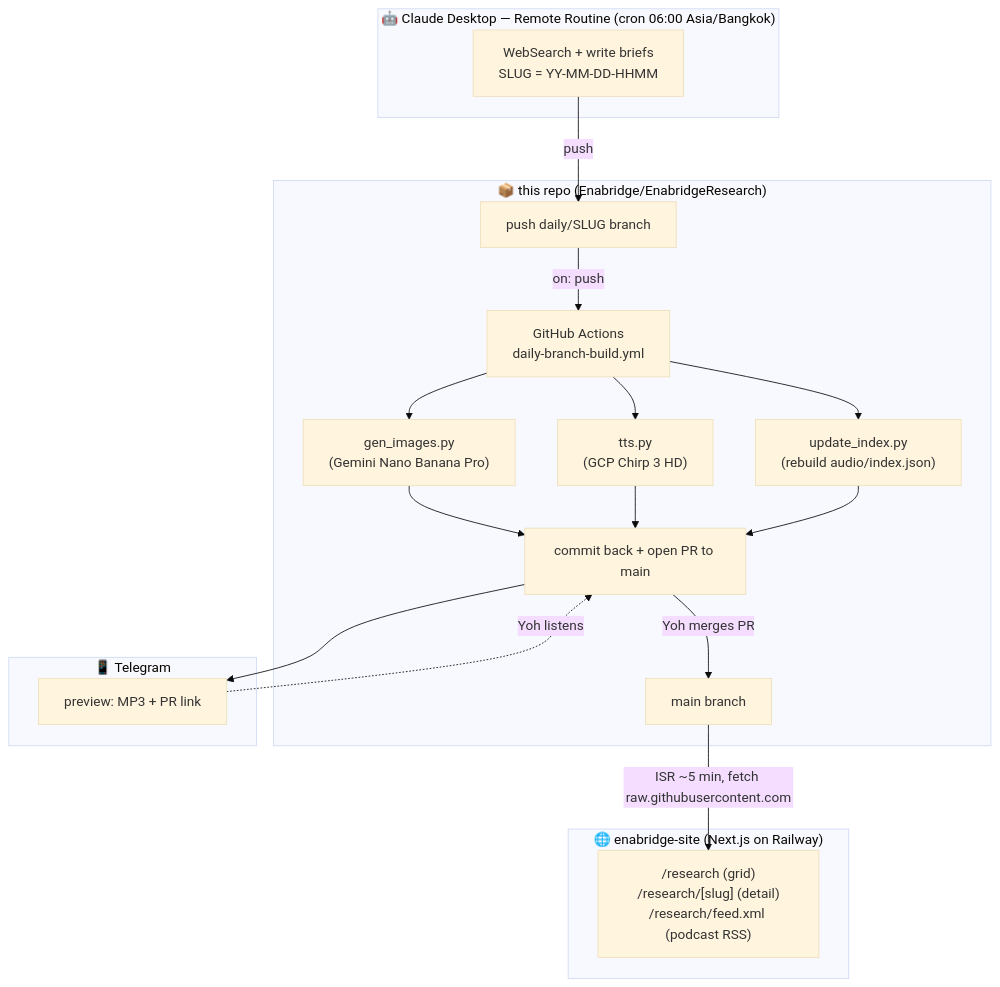
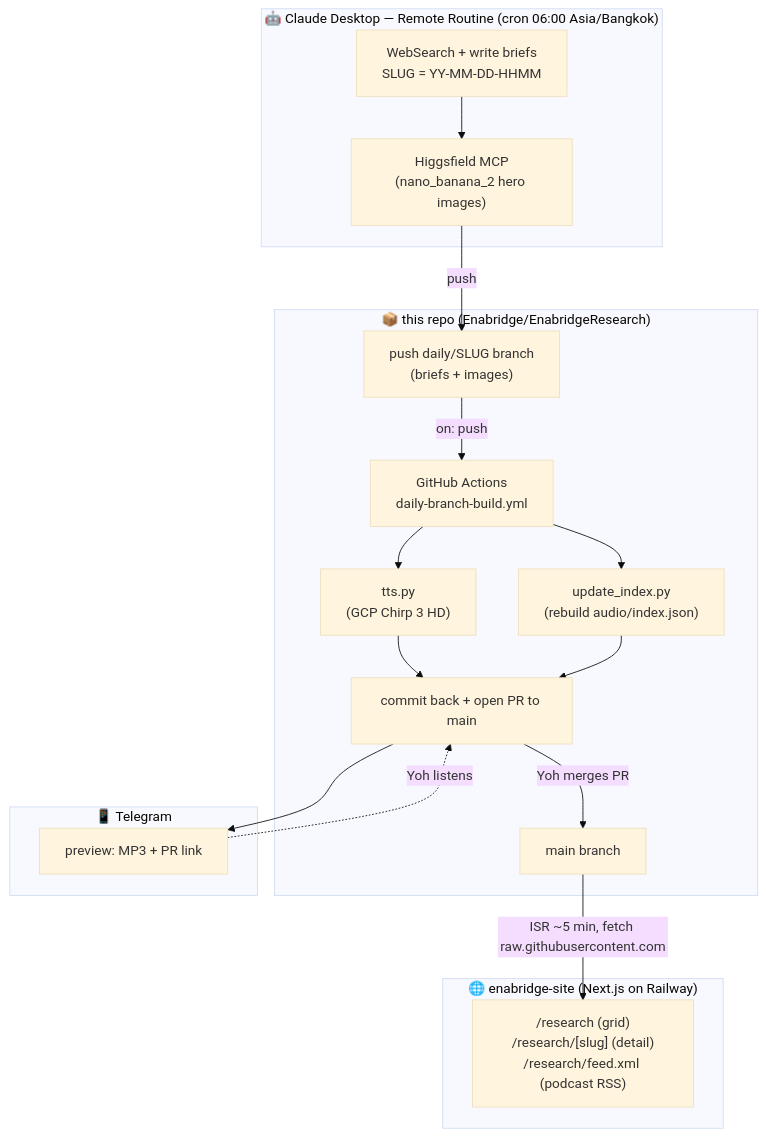
One commit to enabridge-lab/enabridge-content changed the diagram in README.md. Above: the diagram before and after it, drawn with Mermaid (base theme). The commit also changed other lines of this file and 6 other files, not shown here.

First line of the commit message:
refactor(images): move hero image gen from CI to routine via Higgsfield MCP

````diff
--- a/README.md
+++ b/README.md
@@ -15,34 +15,34 @@
 ```mermaid
 flowchart TD
     subgraph CC["🤖 Claude Desktop — Remote Routine (cron 06:00 Asia/Bangkok)"]
         A["WebSearch + write briefs<br/>SLUG = YY-MM-DD-HHMM"]
+        D["Higgsfield MCP<br/>(nano_banana_2 hero images)"]
+        A --> D
     end
 
     subgraph REPO["📦 this repo (Enabridge/EnabridgeResearch)"]
-        B["push daily/SLUG branch"]
+        B["push daily/SLUG branch<br/>(briefs + images)"]
         C["GitHub Actions<br/>daily-branch-build.yml"]
-        D["gen_images.py<br/>(Gemini Nano Banana Pro)"]
         E["tts.py<br/>(GCP Chirp 3 HD)"]
         F["update_index.py<br/>(rebuild audio/index.json)"]
         G["commit back + open PR to main"]
         M["main branch"]
     end
 
     subgraph TG["📱 Telegram"]
         I["preview: MP3 + PR link"]
     end
 
     subgraph SITE["🌐 enabridge-site (Next.js on Railway)"]
         K["/research (grid)<br/>/research/[slug] (detail)<br/>/research/feed.xml (podcast RSS)"]
     end
 
-    A -->|push| B
+    D -->|push| B
     B -->|on: push| C
-    C --> D --> G
     C --> E --> G
     C --> F --> G
     G --> I
     I -.->|"Yoh listens"| G
     G -->|"Yoh merges PR"| M
     M -->|"ISR ~5 min, fetch raw.githubusercontent.com"| K
 ```
````
